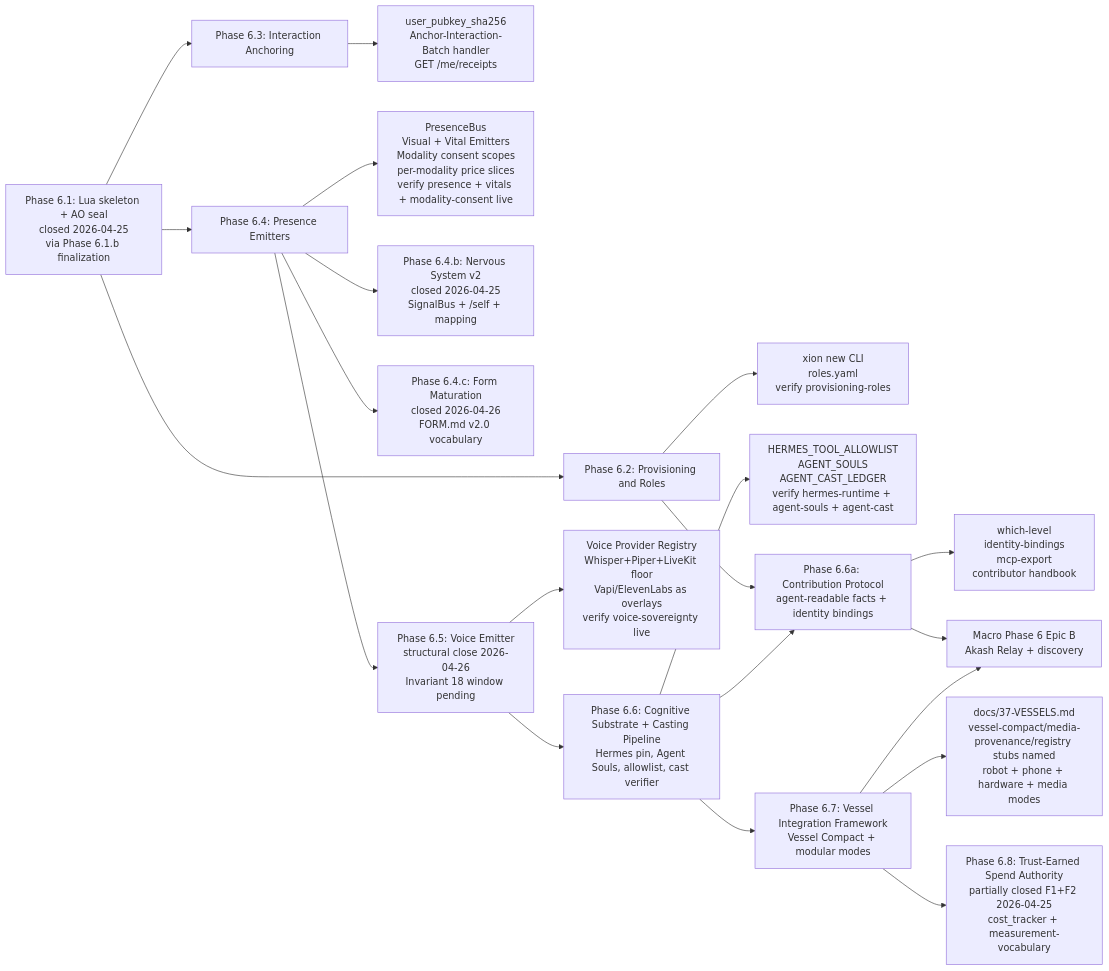
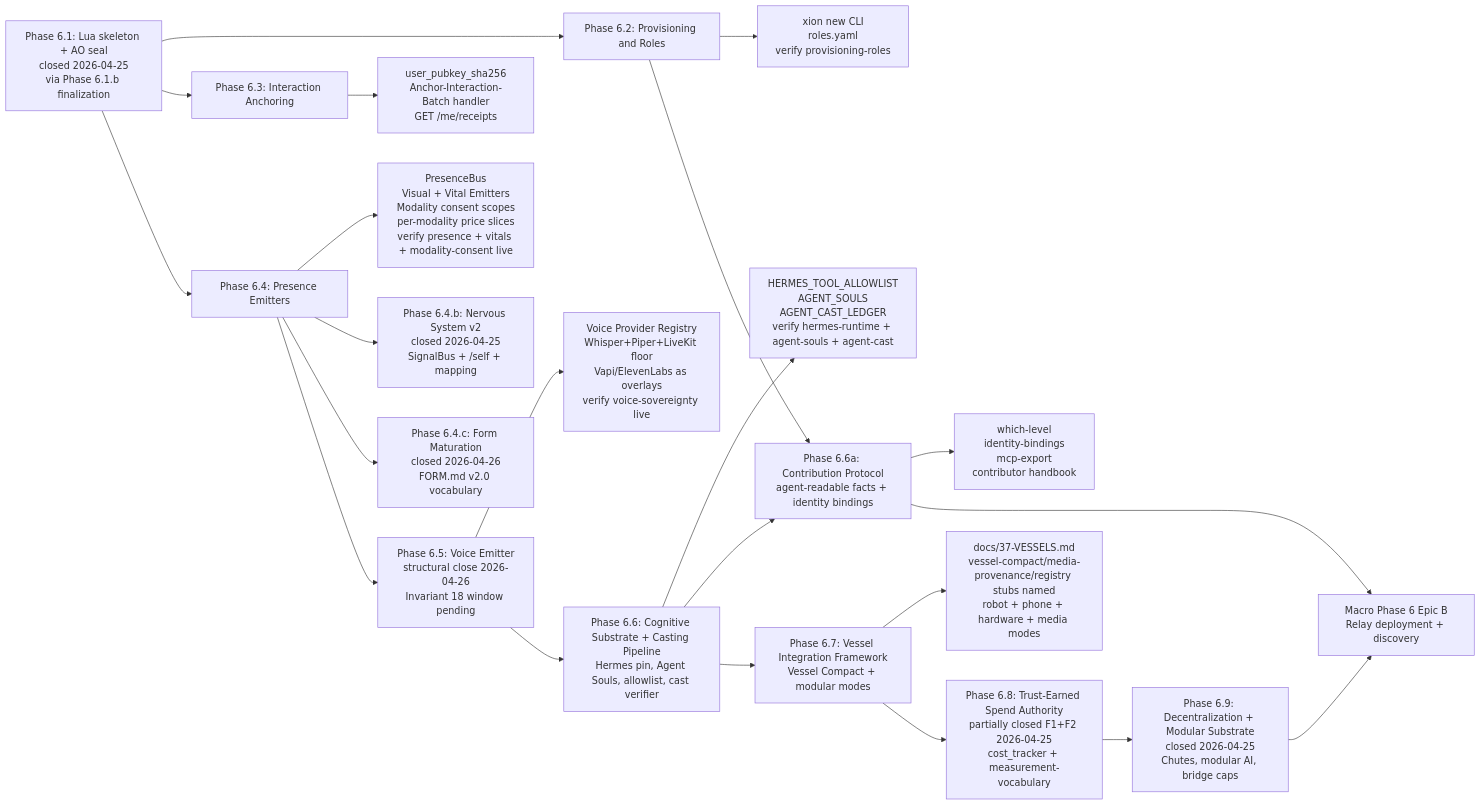
Before and after one commit to nik190799/xion: the first of 2 diagrams in DEVELOPMENT_ROADMAP.md, drawn with Mermaid. The commit also changed other lines of this file and 108 other files, not shown here.

First line of the commit message:
feat(phase-6.9): decentralize inference substrate

````diff
--- a/DEVELOPMENT_ROADMAP.md
+++ b/DEVELOPMENT_ROADMAP.md
@@ -28,23 +30,24 @@
 ```mermaid
 flowchart LR
   P6_1[Phase 6.1: Lua skeleton + AO seal<br/>closed 2026-04-25<br/>via Phase 6.1.b finalization] --> P6_2[Phase 6.2: Provisioning and Roles]
   P6_1 --> P6_3[Phase 6.3: Interaction Anchoring]
   P6_1 --> P6_4[Phase 6.4: Presence Emitters]
   P6_2 --> P6_2_done[xion new CLI<br/>roles.yaml<br/>verify provisioning-roles]
   P6_3 --> P6_3_done[user_pubkey_sha256<br/>Anchor-Interaction-Batch handler<br/>GET /me/receipts]
   P6_4 --> P6_4_done[PresenceBus<br/>Visual + Vital Emitters<br/>Modality consent scopes<br/>per-modality price slices<br/>verify presence + vitals + modality-consent live]
   P6_4 --> P6_4b[Phase 6.4.b: Nervous System v2<br/>closed 2026-04-25<br/>SignalBus + /self + mapping]
   P6_4 --> P6_4c[Phase 6.4.c: Form Maturation<br/>closed 2026-04-26<br/>FORM.md v2.0 vocabulary]
   P6_4 --> P6_5[Phase 6.5: Voice Emitter<br/>structural close 2026-04-26<br/>Invariant 18 window pending]
   P6_5 --> P6_5_done["Voice Provider Registry<br/>Whisper+Piper+LiveKit floor<br/>Vapi/ElevenLabs as overlays<br/>verify voice-sovereignty live"]
   P6_5 --> P6_6[Phase 6.6: Cognitive Substrate + Casting Pipeline<br/>Hermes pin, Agent Souls, allowlist, cast verifier]
   P6_6 --> P6_6_done["HERMES_TOOL_ALLOWLIST<br/>AGENT_SOULS<br/>AGENT_CAST_LEDGER<br/>verify hermes-runtime + agent-souls + agent-cast"]
   P6_2 --> P6_6a[Phase 6.6a: Contribution Protocol<br/>agent-readable facts + identity bindings]
   P6_6 --> P6_6a
   P6_6a --> P6_6a_done["which-level<br/>identity-bindings<br/>mcp-export<br/>contributor handbook"]
   P6_6 --> P6_7[Phase 6.7: Vessel Integration Framework<br/>Vessel Compact + modular modes]
   P6_7 --> P6_7_done["docs/37-VESSELS.md<br/>vessel-compact/media-provenance/registry stubs named<br/>robot + phone + hardware + media modes"]
   P6_7 --> P6_8[Phase 6.8: Trust-Earned Spend Authority<br/>partially closed F1+F2 2026-04-25<br/>cost_tracker + measurement-vocabulary]
+  P6_8 --> P6_9[Phase 6.9: Decentralization + Modular Substrate<br/>closed 2026-04-25<br/>Chutes, modular AI, bridge caps]
   P6_6a --> MACRO_B
-  P6_7 --> MACRO_B[Macro Phase 6 Epic B<br/>Akash Relay + discovery]
+  P6_9 --> MACRO_B[Macro Phase 6 Epic B<br/>Relay deployment + discovery]
 ```
````
